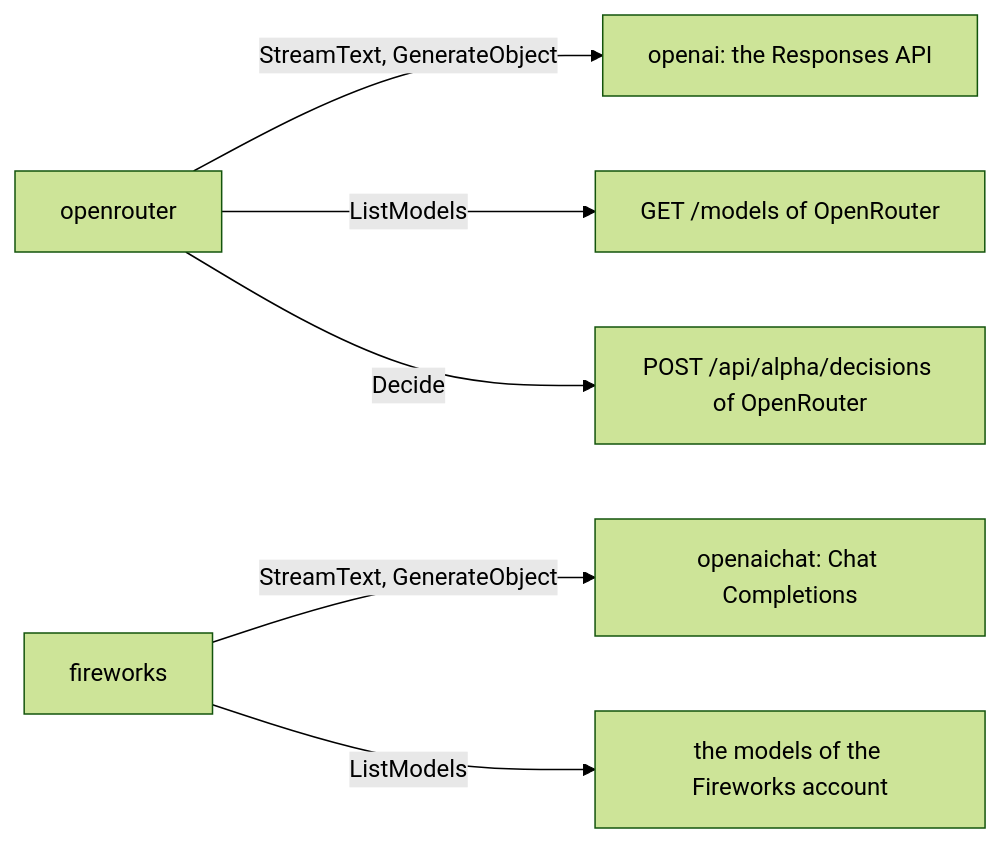
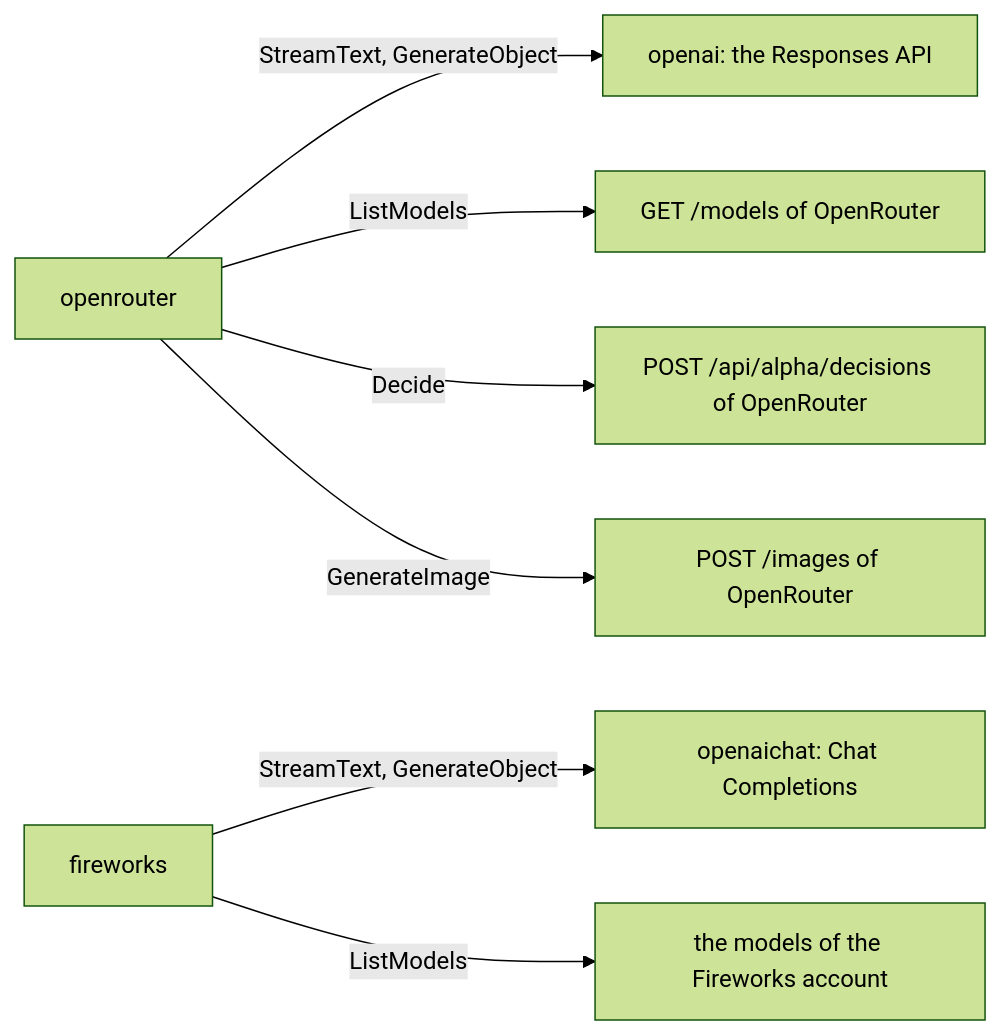
Before and after one commit to sonnes/gopi: the diagram in docs/concepts/ai/host-provider.md, drawn with Mermaid (forest theme). The commit also changed other lines of this file and 70 other files, not shown here.

First line of the commit message:
ai: add image, speech, and transcription models, with the image hosts OpenRouter, fal, and Higgsfield

````diff
--- a/docs/concepts/ai/host-provider.md
+++ b/docs/concepts/ai/host-provider.md
@@ -15,10 +15,11 @@
 ```mermaid
 flowchart LR
   accTitle: The calls of a host provider
-  accDescr: A host provider sends the text call and the object call through the provider of its API, and lists the models of the host from the API of the host. OpenRouter sends a decision to its own API.
+  accDescr: A host provider sends the text call and the object call through the provider of its API, and lists the models of the host from the API of the host. OpenRouter sends a decision and an image call to its own APIs.
   or[openrouter] -- StreamText, GenerateObject --> oai[openai: the Responses API]
   or -- ListModels --> orl[GET /models of OpenRouter]
   or -- Decide --> ord[POST /api/alpha/decisions of OpenRouter]
+  or -- GenerateImage --> ori[POST /images of OpenRouter]
   fw[fireworks] -- StreamText, GenerateObject --> chat[openaichat: Chat Completions]
   fw -- ListModels --> fwl[the models of the Fireworks account]
 ```
````
